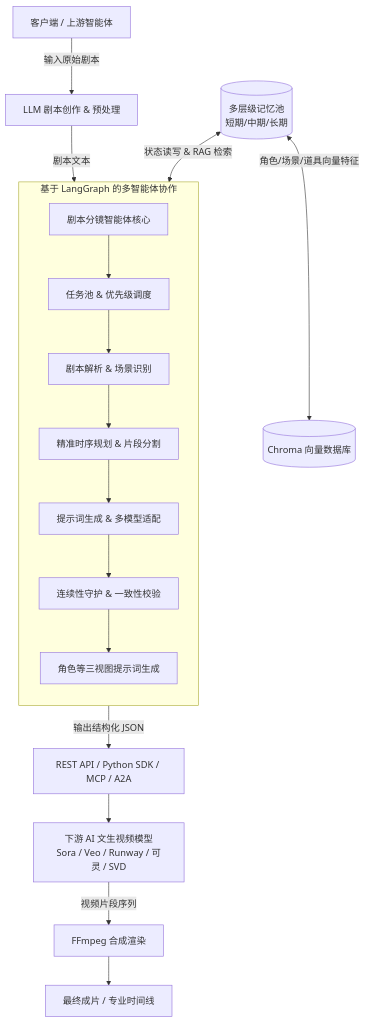
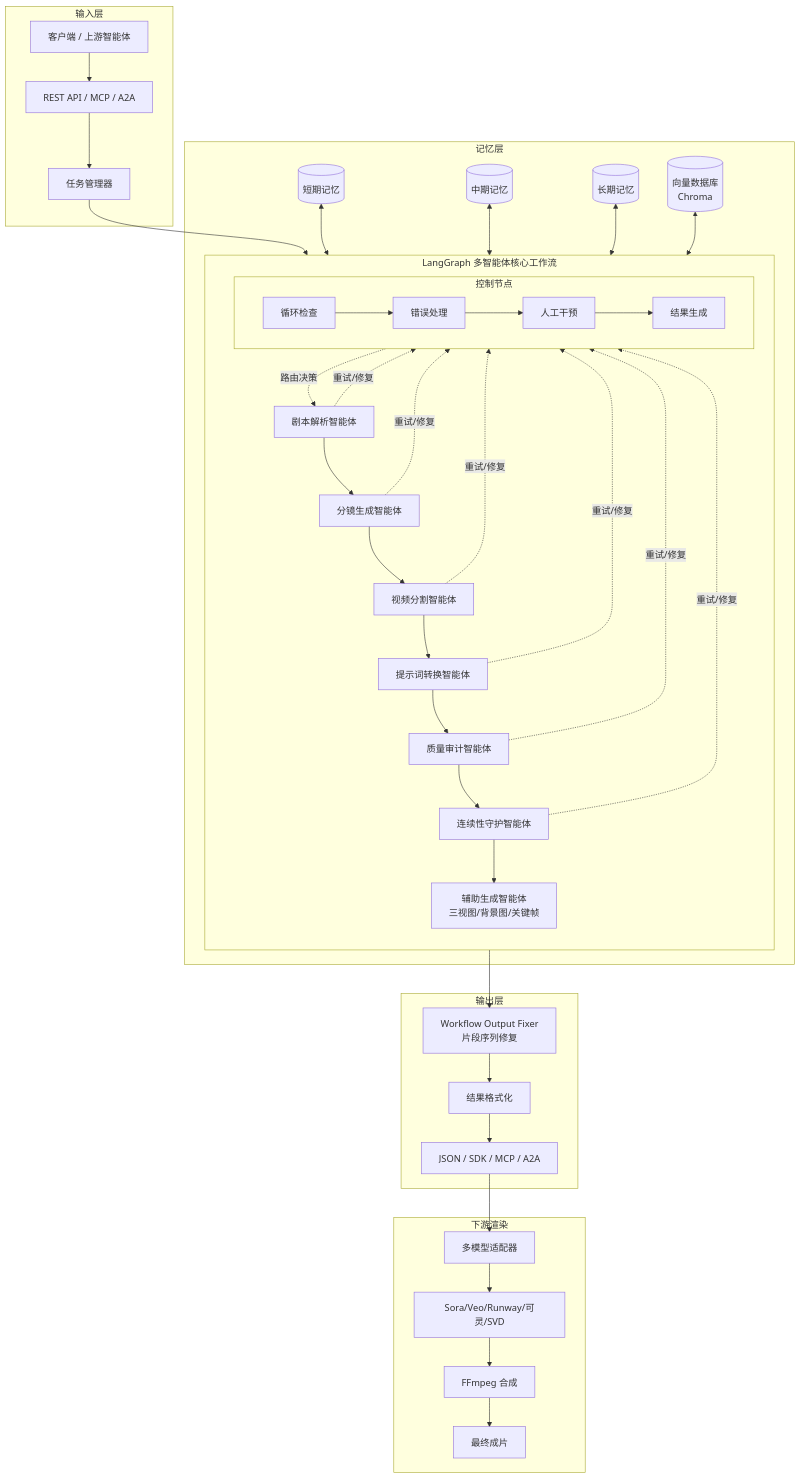
Before and after one commit to neopen/video-shot-agent: the diagram in README.md, drawn with Mermaid. The commit also changed other lines of this file and 1 other file, not shown here.

Commit message:
文档优化

````diff
--- a/README.md
+++ b/README.md
@@ -28,23 +28,59 @@
 ```mermaid
 flowchart TD
-    A[客户端 / 上游智能体] -->|输入原始剧本| B[LLM 剧本创作 & 预处理]
-    B -->|剧本文本| C[剧本分镜智能体核心]
-    
-    subgraph Agent_System [基于 LangGraph 的多智能体协作]
+    subgraph Input [输入层]
+        A1[客户端 / 上游智能体] --> A2[REST API / MCP / A2A]
+        A2 --> A3[任务管理器]
+    end
+
+    subgraph Core [LangGraph 多智能体核心工作流]
         direction TB
-        C --> D[任务池 & 优先级调度]
-        D --> E[剧本解析 & 场景识别]
-        E --> F[精准时序规划 & 片段分割]
-        F --> G[提示词生成 & 多模型适配]
-        G --> H[连续性守护 & 一致性校验]
-        H --> I[角色等三视图提示词生成]
+        
+        P1[剧本解析智能体] --> P2[分镜生成智能体]
+        P2 --> P3[视频分割智能体]
+        P3 --> P4[提示词转换智能体]
+        P4 --> P5[质量审计智能体]
+        P5 --> P6[连续性守护智能体]
+        P6 --> P7[辅助生成智能体<br/>三视图/背景图/关键帧]
+        
+        subgraph Control [控制节点]
+            C1[循环检查] --> C2[错误处理]
+            C2 --> C3[人工干预]
+            C3 --> C4[结果生成]
+        end
+        
+        P1 -.->|重试/修复| Control
+        P2 -.->|重试/修复| Control
+        P3 -.->|重试/修复| Control
+        P4 -.->|重试/修复| Control
+        P5 -.->|重试/修复| Control
+        P6 -.->|重试/修复| Control
+        Control -.->|路由决策| P1
     end
-    
-    J[(多层级记忆池<br/>短期/中期/长期)] <-->|状态读写 & RAG 检索| E
-    J <-->|角色/场景/道具向量特征| K[(Chroma 向量数据库)]
-    
-    H -->|输出结构化 JSON| L[REST API / Python SDK / MCP / A2A]
-    L --> M[下游 AI 文生视频模型<br/>Sora / Veo / Runway / 可灵 / SVD]
-    M -->|视频片段序列| N[FFmpeg 合成渲染]
-    N --> O[最终成片 / 专业时间线]
+
+    subgraph Memory [记忆层]
+        M1[(短期记忆)]
+        M2[(中期记忆)]
+        M3[(长期记忆)]
+        M4[(向量数据库<br/>Chroma)]
+        
+        M1 <--> Core
+        M2 <--> Core
+        M3 <--> Core
+        M4 <--> Core
+    end
+
+    subgraph Output [输出层]
+        O1[Workflow Output Fixer<br/>片段序列修复] --> O2[结果格式化]
+        O2 --> O3[JSON / SDK / MCP / A2A]
+    end
+
+    subgraph Downstream [下游渲染]
+        D1[多模型适配器] --> D2[Sora/Veo/Runway/可灵/SVD]
+        D2 --> D3[FFmpeg 合成]
+        D3 --> D4[最终成片]
+    end
+
+    A3 --> P1
+    P7 --> O1
+    O3 --> D1
 ```
````
